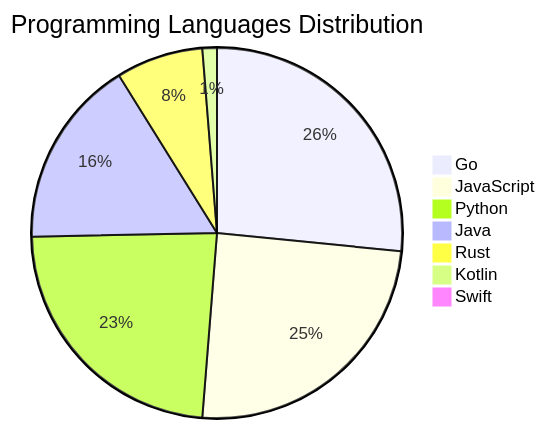
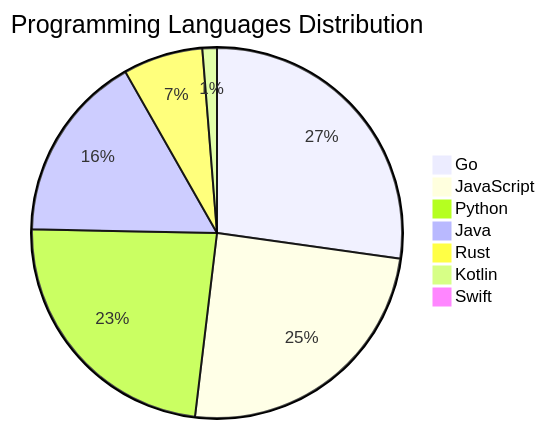
The diagram in README.md (Derrick-MUGISHA/github-activity-bot), drawn with Mermaid before and after one commit. The commit also changed other lines of this file and 4 other files, not shown here.

````diff
--- a/README.md
+++ b/README.md
@@ -209,10 +209,10 @@
 ```mermaid
 pie title Programming Languages Distribution
-    "Go" : 42
+    "Go" : 43
     "JavaScript" : 39
     "Python" : 37
     "Java" : 26
-    "Rust" : 12
+    "Rust" : 11
     "Kotlin" : 2
     "Swift" : 1
 ```
````
